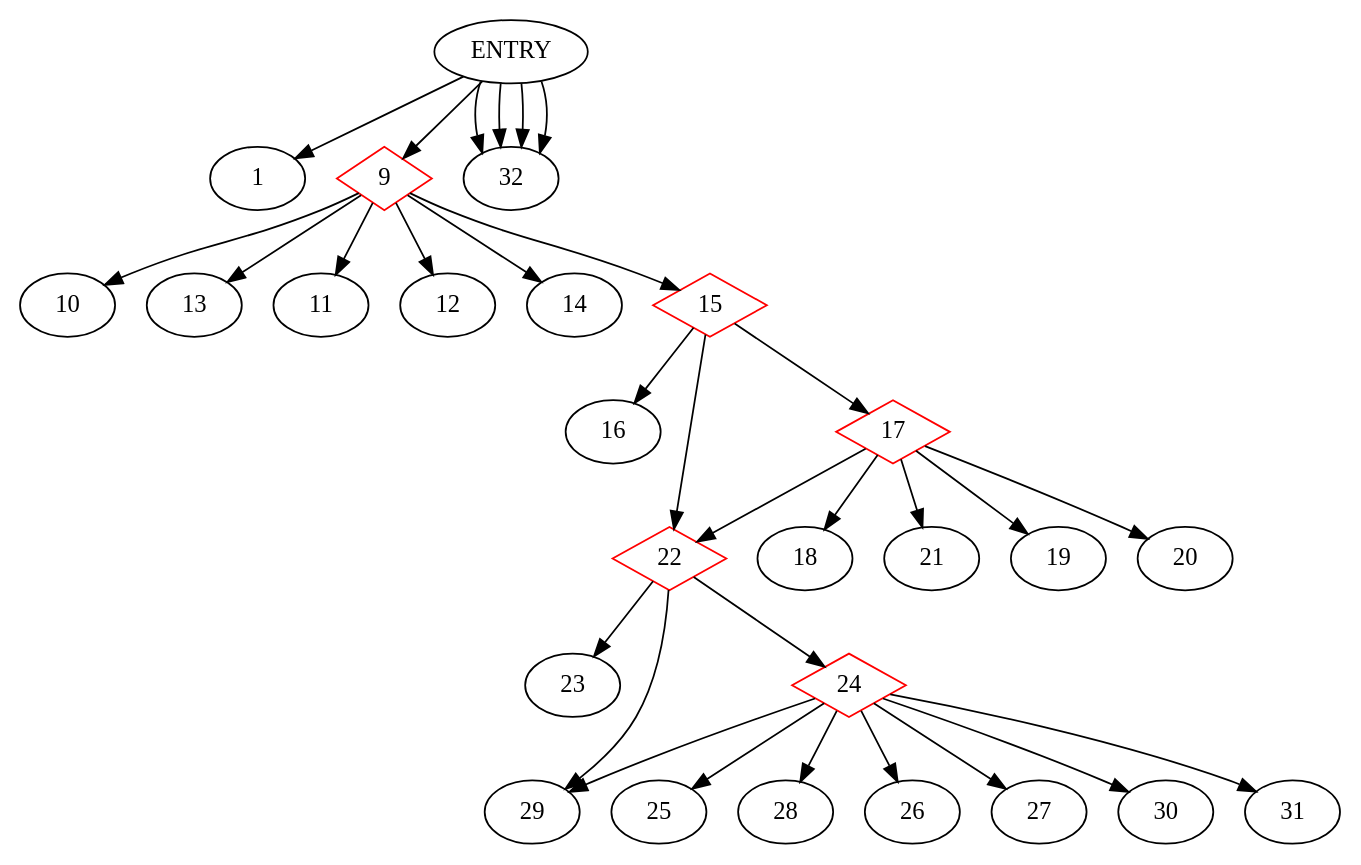
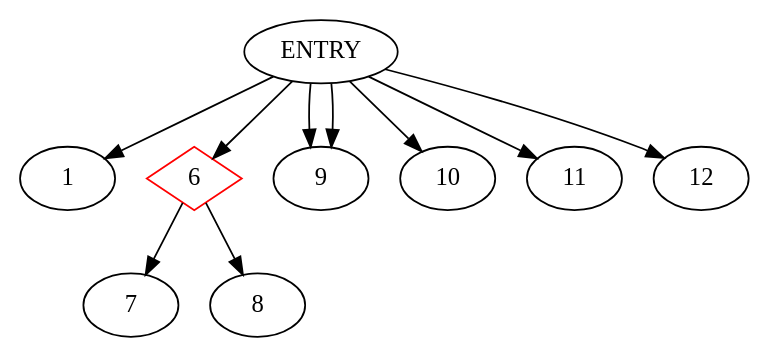
The diagram in Testgen/Testgen_Sonam/Testgen/CDG.dot (akshitij/TestgenRepo), drawn with Graphviz before and after one commit. The commit also changed 131 other files, not shown here.

```diff
--- a/Testgen/Testgen_Sonam/Testgen/CDG.dot
+++ b/Testgen/Testgen_Sonam/Testgen/CDG.dot
@@ -1,38 +1,12 @@
 digraph CDG {
 ENTRY -> 1
-9 [shape=diamond, color=red]
+6 [shape=diamond, color=red]
+ENTRY -> 6
+6-> 7
+6-> 8
 ENTRY -> 9
-9-> 10
-9-> 13
-9-> 11
-9-> 12
-ENTRY -> 32
-9-> 14
-15 [shape=diamond, color=red]
-9-> 15
-15-> 16
-22 [shape=diamond, color=red]
-15-> 22
-17 [shape=diamond, color=red]
-15-> 17
-17-> 18
-17-> 21
-17-> 19
-17-> 20
-ENTRY -> 32
-22 [shape=diamond, color=red]
-17-> 22
-22-> 23
-22-> 29
-24 [shape=diamond, color=red]
-22-> 24
-24-> 25
-24-> 28
-24-> 26
-24-> 27
-ENTRY -> 32
-24-> 29
-24-> 30
-24-> 31
-ENTRY -> 32
+ENTRY -> 9
+ENTRY -> 10
+ENTRY -> 11
+ENTRY -> 12
 }
```
